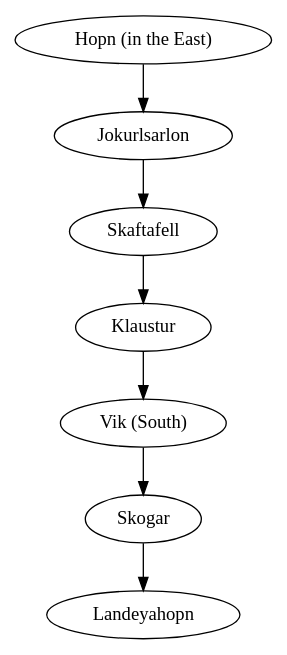
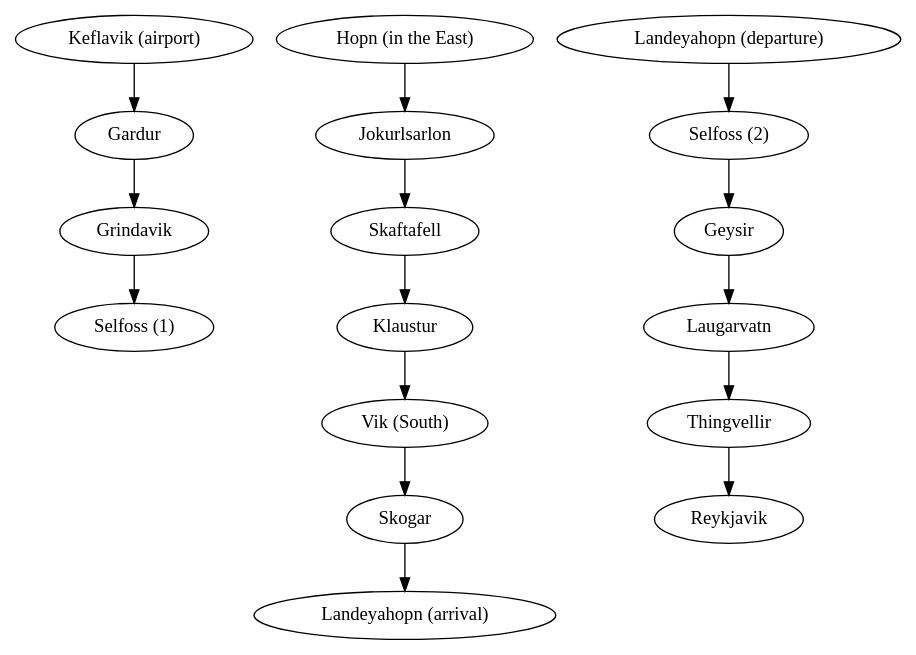
Before and after one commit to Naereen/web-sphinx: the first of 5 diagrams in hitch-hiking.en.rst, drawn with Graphviz. The commit also changed other lines of this file and 2 other files, not shown here.

Commit message:
Better graph for hitch-hiking trips in Island this summer

```diff
--- a/hitch-hiking.en.rst
+++ b/hitch-hiking.en.rst
@@ -31,3 +27,5 @@
-.. digraph:: aug152
+.. digraph:: aug15island
 
-   "Hopn (in the East)" -> "Jokurlsarlon" -> "Skaftafell" -> "Klaustur" -> "Vik (South)" -> "Skogar" -> "Landeyahopn";
+   "Keflavik (airport)" -> "Gardur" -> "Grindavik" -> "Selfoss (1)";
+   "Hopn (in the East)" -> "Jokurlsarlon" -> "Skaftafell" -> "Klaustur" -> "Vik (South)" -> "Skogar" -> "Landeyahopn (arrival)";
+   "Landeyahopn (departure)" -> "Selfoss (2)" -> "Geysir" -> "Laugarvatn" -> "Thingvellir" -> "Reykjavik";
```
